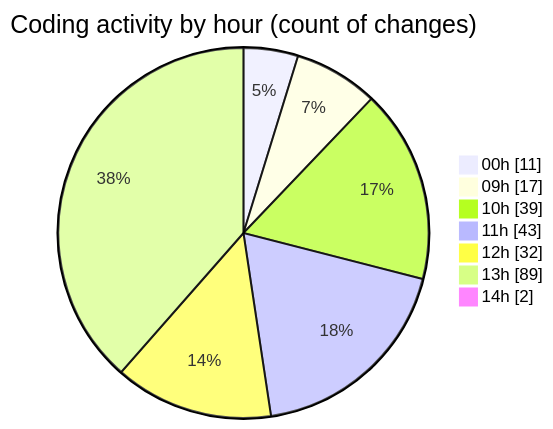
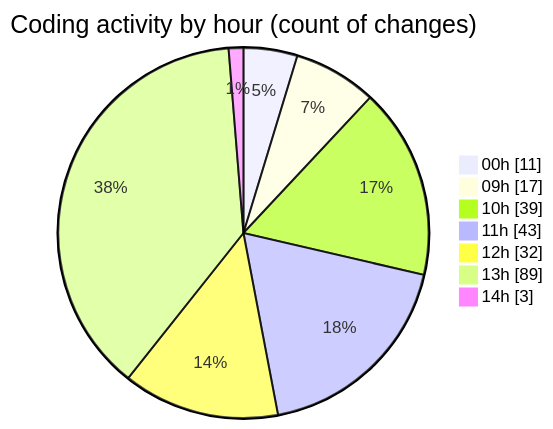
Before and after one commit to momahboobian/code-tracking: the second of 2 diagrams in 2026-09-02/cda/README.md, drawn with Mermaid. The commit also changed other lines of this file and 1 other file, not shown here.

````diff
--- a/2026-09-02/cda/README.md
+++ b/2026-09-02/cda/README.md
@@ -84,11 +86,11 @@
 ```mermaid
 pie showData
 title Coding activity by hour (count of changes)
 "00h" : 11
 "09h" : 17
 "10h" : 39
 "11h" : 43
 "12h" : 32
 "13h" : 89
-"14h" : 2
+"14h" : 3
 ```
````
